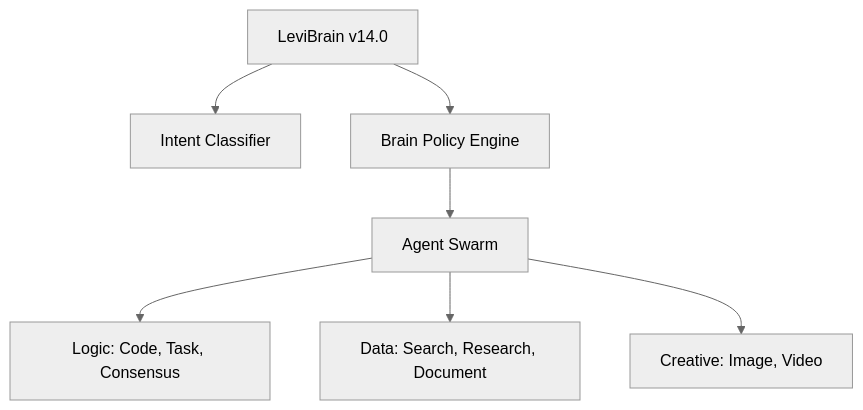
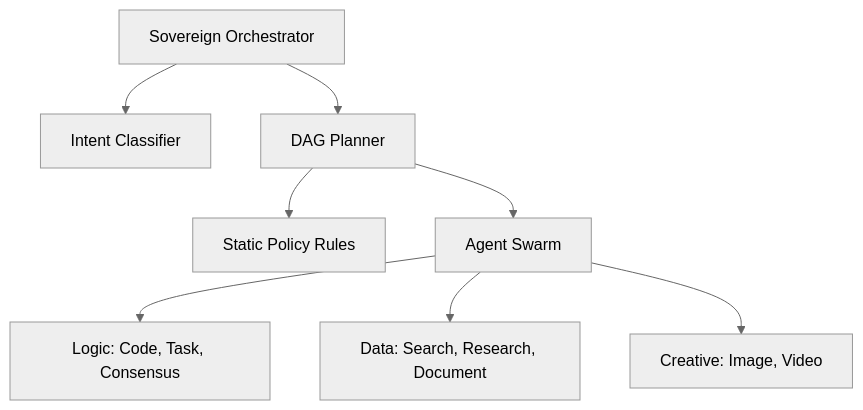
The third of 4 diagrams in README.md (Blackdrg/levi-ai-innovate), drawn with Mermaid (neutral theme) before and after one commit. The commit also changed other lines of this file and 54 other files, not shown here.

````diff
--- a/README.md
+++ b/README.md
@@ -129,9 +124,10 @@
 ```mermaid
 graph TD
-    Brain[LeviBrain v14.0] --> Intent[Intent Classifier]
-    Brain --> Policy[Brain Policy Engine]
-    Policy --> Swarm[Agent Swarm]
+    Orchestrator[Sovereign Orchestrator] --> Intent[Intent Classifier]
+    Orchestrator --> Planner[DAG Planner]
+    Planner --> Policy[Static Policy Rules]
+    Planner --> Swarm[Agent Swarm]
     Swarm --> Logic[Logic: Code, Task, Consensus]
     Swarm --> Data[Data: Search, Research, Document]
     Swarm --> Creative[Creative: Image, Video]
 ```
````
